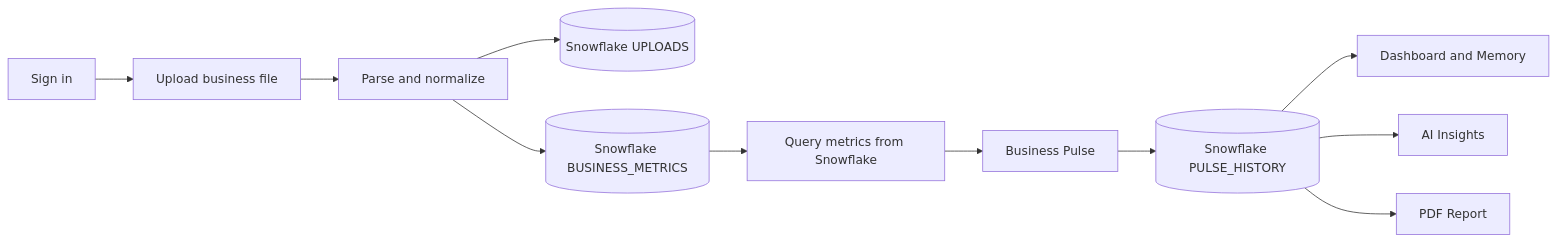
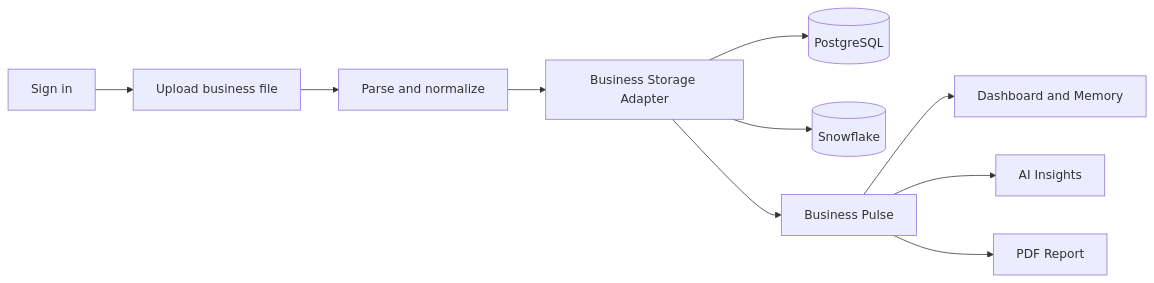
Before and after one commit to Saidur-droid/ledgerly: the diagram in README.md, drawn with Mermaid. The commit also changed other lines of this file and 1 other file, not shown here.

Commit message:
docs(storage): document provider architecture

````diff
--- a/README.md
+++ b/README.md
@@ -92,13 +102,12 @@
 ```mermaid
 flowchart LR
   A[Sign in] --> B[Upload business file]
   B --> C[Parse and normalize]
-  C --> D[(Snowflake UPLOADS)]
-  C --> E[(Snowflake BUSINESS_METRICS)]
-  E --> F[Query metrics from Snowflake]
-  F --> G[Business Pulse]
-  G --> H[(Snowflake PULSE_HISTORY)]
-  H --> I[Dashboard and Memory]
-  H --> J[AI Insights]
-  H --> K[PDF Report]
+  C --> D[Business Storage Adapter]
+  D --> E[(PostgreSQL)]
+  D --> F[(Snowflake)]
+  D --> G[Business Pulse]
+  G --> H[Dashboard and Memory]
+  G --> I[AI Insights]
+  G --> J[PDF Report]
 ```
````
